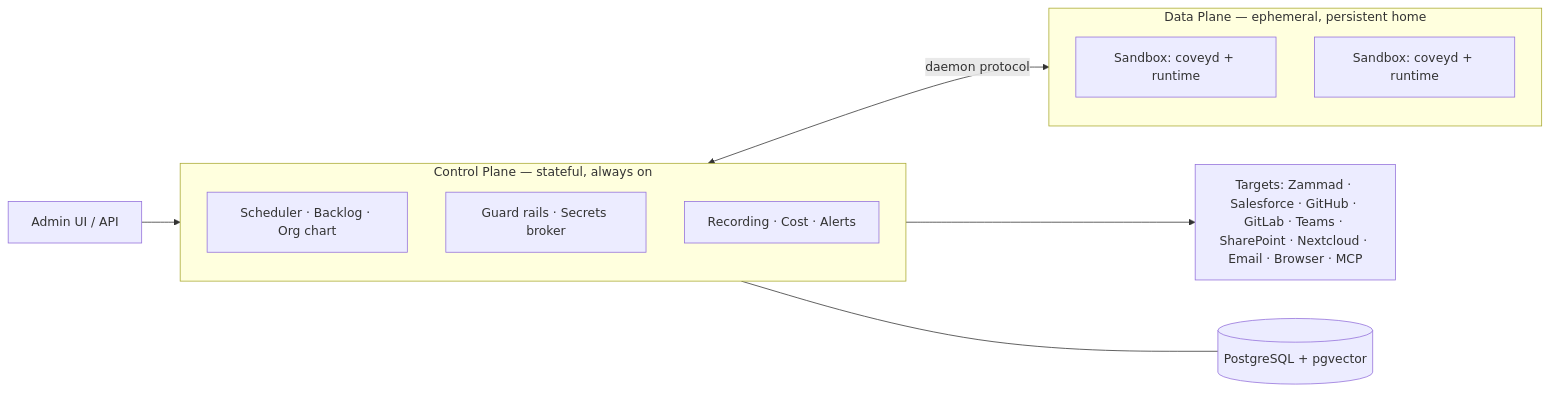
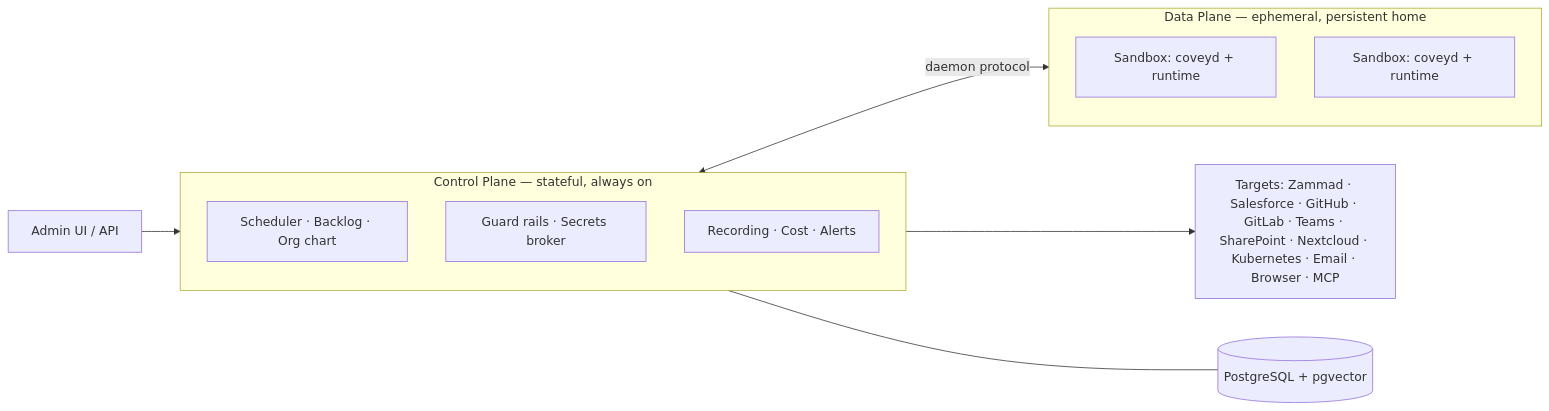
One commit to benjaminLedel/covey changed the diagram in README.md. Above: the diagram before and after it, drawn with Mermaid. The commit also changed other lines of this file and 11 other files, not shown here.

````diff
--- a/README.md
+++ b/README.md
@@ -110,21 +110,21 @@
 ```mermaid
 flowchart LR
     UI["Admin UI / API"] --> CP
 
     subgraph CP["Control Plane — stateful, always on"]
         direction TB
         SCHED["Scheduler · Backlog · Org chart"]
         GUARD["Guard rails · Secrets broker"]
         OBS["Recording · Cost · Alerts"]
     end
 
     subgraph DP["Data Plane — ephemeral, persistent home"]
         direction TB
         S1["Sandbox: coveyd + runtime"]
         S2["Sandbox: coveyd + runtime"]
     end
 
     CP <-->|daemon protocol| DP
-    CP --> TS["Targets: Zammad · Salesforce · GitHub · GitLab · Teams · SharePoint · Nextcloud · Email · Browser · MCP"]
+    CP --> TS["Targets: Zammad · Salesforce · GitHub · GitLab · Teams · SharePoint · Nextcloud · Kubernetes · Email · Browser · MCP"]
     CP --- DB[("PostgreSQL + pgvector")]
 ```
````
